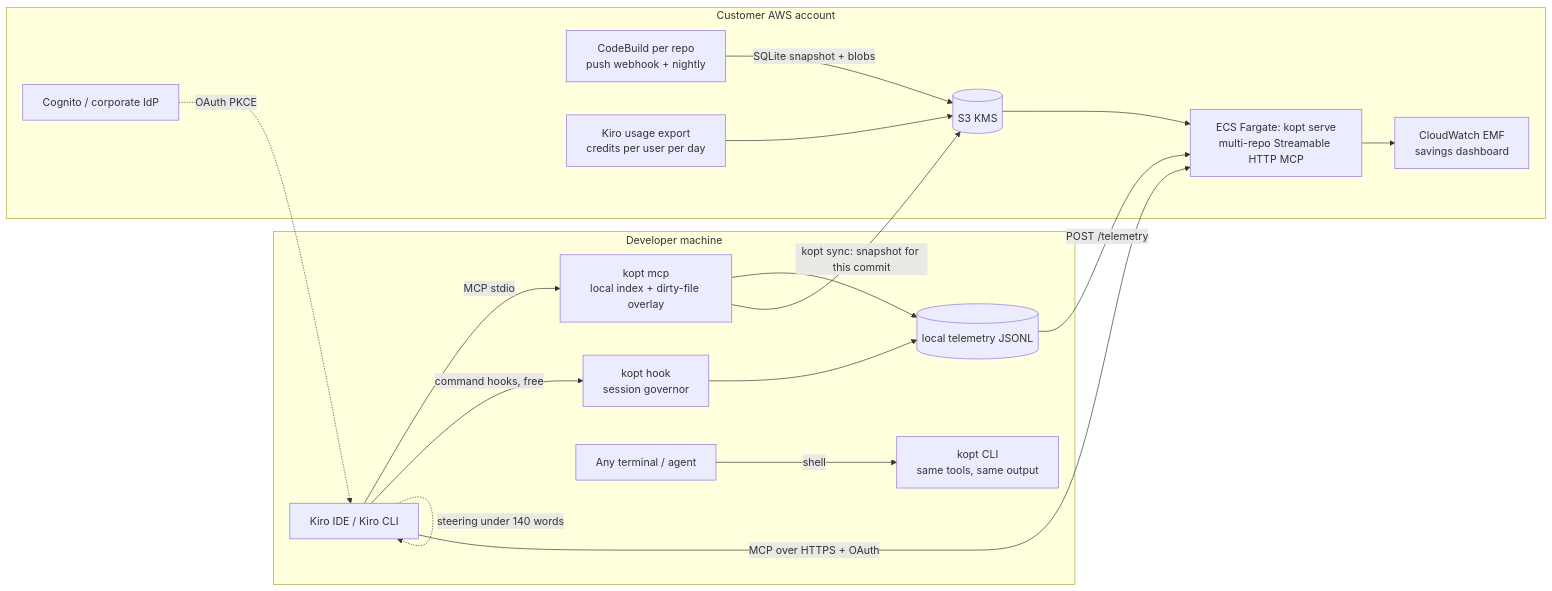
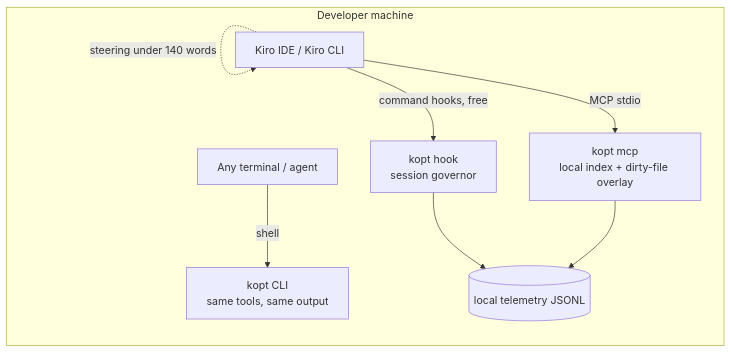
The diagram in docs/ARCHITECTURE.md (dorian-richard/kiro-optimizer), drawn with Mermaid before and after one commit. The commit also changed other lines of this file and 32 other files, not shown here.

First line of the commit message:
Remove the AWS deployment: kopt is a local-only tool

````diff
--- a/docs/ARCHITECTURE.md
+++ b/docs/ARCHITECTURE.md
@@ -64,21 +63,11 @@
 ```mermaid
 flowchart LR
   subgraph Developer machine
     K[Kiro IDE / Kiro CLI] -- MCP stdio --> L[kopt mcp<br/>local index + dirty-file overlay]
     K -- command hooks, free --> H[kopt hook<br/>session governor]
     K -. steering under 140 words .-> K
     T2[Any terminal / agent] -- shell --> C2[kopt CLI<br/>same tools, same output]
     H --> T[(local telemetry JSONL)]
     L --> T
   end
-  subgraph Customer AWS account
-    CB[CodeBuild per repo<br/>push webhook + nightly] -->|SQLite snapshot + blobs| S3[(S3 KMS)]
-    S3 --> F[ECS Fargate: kopt serve<br/>multi-repo Streamable HTTP MCP]
-    C[Cognito / corporate IdP] -. OAuth PKCE .-> K
-    F --> CW[CloudWatch EMF<br/>savings dashboard]
-    KU[Kiro usage export<br/>credits per user per day] --> S3
-  end
-  K -- MCP over HTTPS + OAuth --> F
-  T -- POST /telemetry --> F
-  L -- kopt sync: snapshot for this commit --> S3
 ```
````
